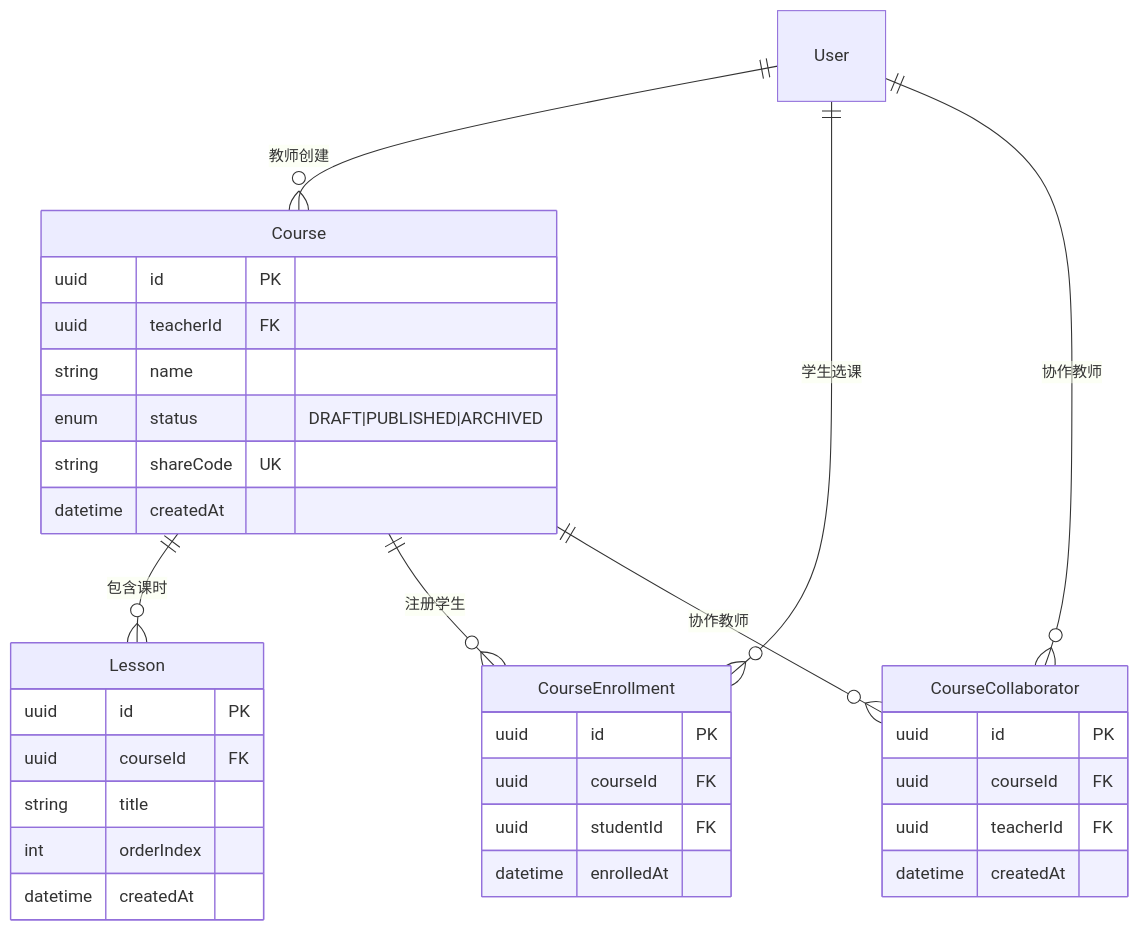
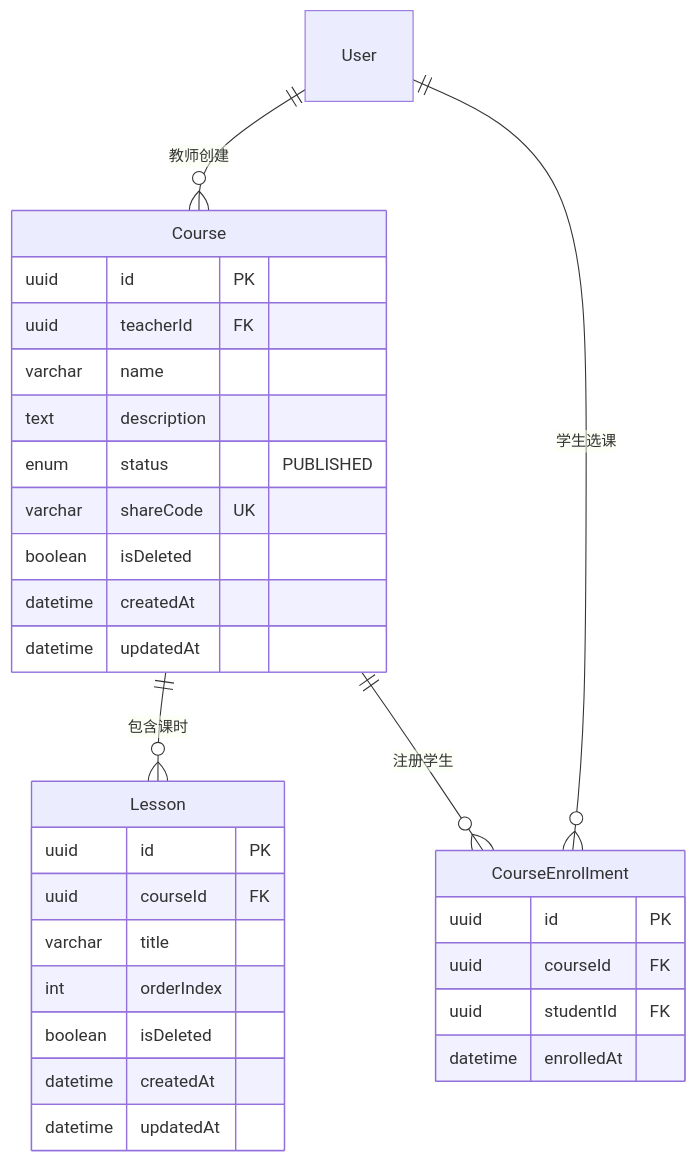
One commit to mocha196/eduAgent changed diagram 19 of 24 in thesis.md. Above: the diagram before and after it, drawn with Mermaid. The commit also changed other lines of this file and 42 other files, not shown here.

````diff
--- a/thesis.md
+++ b/thesis.md
@@ -869,37 +880,34 @@
 ```mermaid
 erDiagram
     Course {
         uuid id PK
         uuid teacherId FK
-        string name
-        enum status "DRAFT|PUBLISHED|ARCHIVED"
-        string shareCode UK
+        varchar name
+        text description
+        enum status "PUBLISHED"
+        varchar shareCode UK
+        boolean isDeleted
         datetime createdAt
+        datetime updatedAt
     }
     Lesson {
         uuid id PK
         uuid courseId FK
-        string title
+        varchar title
         int orderIndex
+        boolean isDeleted
         datetime createdAt
+        datetime updatedAt
     }
     CourseEnrollment {
         uuid id PK
         uuid courseId FK
         uuid studentId FK
         datetime enrolledAt
     }
-    CourseCollaborator {
-        uuid id PK
-        uuid courseId FK
-        uuid teacherId FK
-        datetime createdAt
-    }
 
     User ||--o{ Course : "教师创建"
     User ||--o{ CourseEnrollment : "学生选课"
-    User ||--o{ CourseCollaborator : "协作教师"
     Course ||--o{ Lesson : "包含课时"
     Course ||--o{ CourseEnrollment : "注册学生"
-    Course ||--o{ CourseCollaborator : "协作教师"
 ```
````
